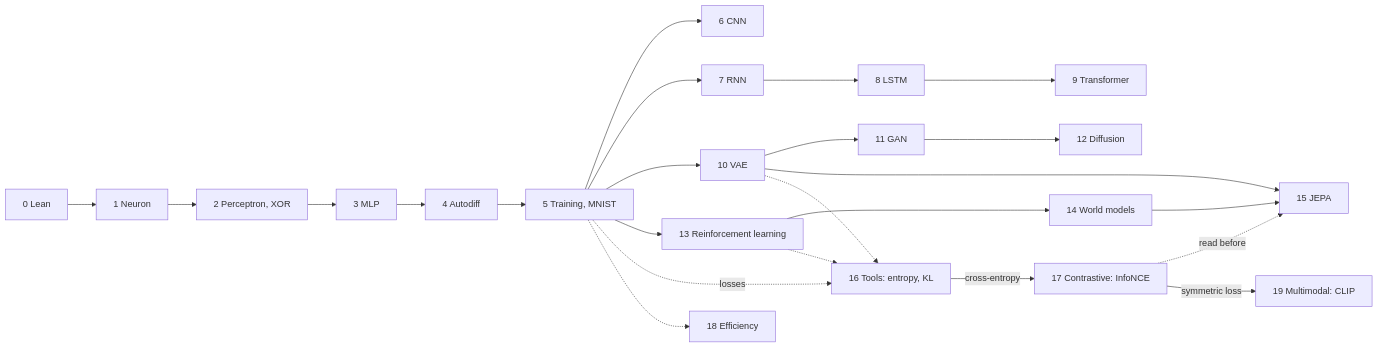
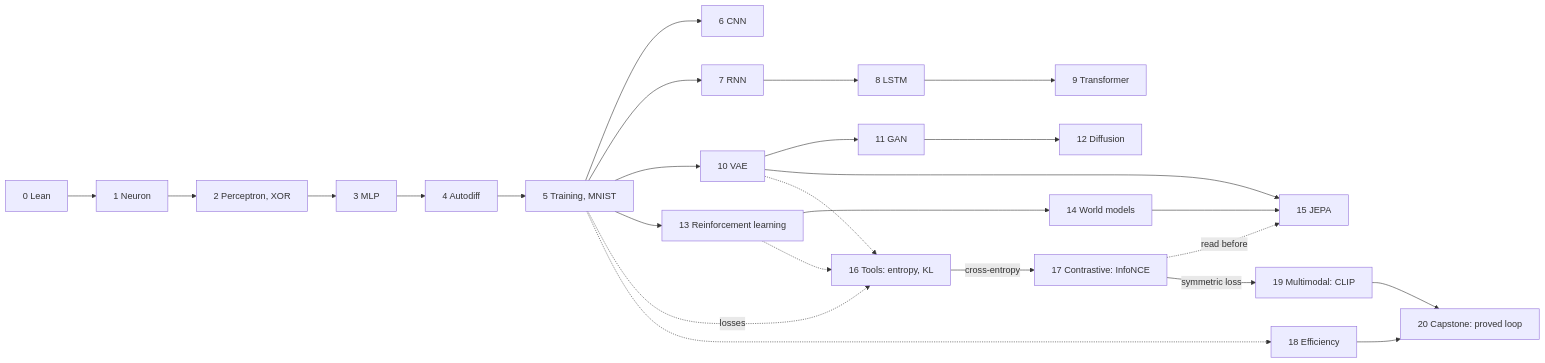
Before and after one commit to citron/LEAIN4: the diagram in website/docs/index.mdx, drawn with Mermaid. The commit also changed other lines of this file and 17 other files, not shown here.

````diff
--- a/website/docs/index.mdx
+++ b/website/docs/index.mdx
@@ -30,17 +30,20 @@
 ```mermaid
 flowchart LR
   c0["0 Lean"] --> c1["1 Neuron"] --> c2["2 Perceptron, XOR"] --> c3["3 MLP"] --> c4["4 Autodiff"] --> c5["5 Training, MNIST"]
   c5 --> c6["6 CNN"]
   c5 --> c7["7 RNN"] --> c8["8 LSTM"] --> c9["9 Transformer"]
   c5 --> c10["10 VAE"] --> c11["11 GAN"] --> c12["12 Diffusion"]
   c5 --> c13["13 Reinforcement learning"] --> c14["14 World models"]
   c10 --> c15["15 JEPA"]
   c14 --> c15
   c5 -.->|losses| c16["16 Tools: entropy, KL"]
   c16 -->|cross-entropy| c17["17 Contrastive: InfoNCE"]
   c17 -.->|read before| c15
   c17 -->|symmetric loss| c19["19 Multimodal: CLIP"]
   c5 -.-> c18["18 Efficiency"]
+  c20["20 Capstone: proved loop"]
+  c19 --> c20
+  c18 --> c20
   c10 -.-> c16
   c13 -.-> c16
 ```
````
